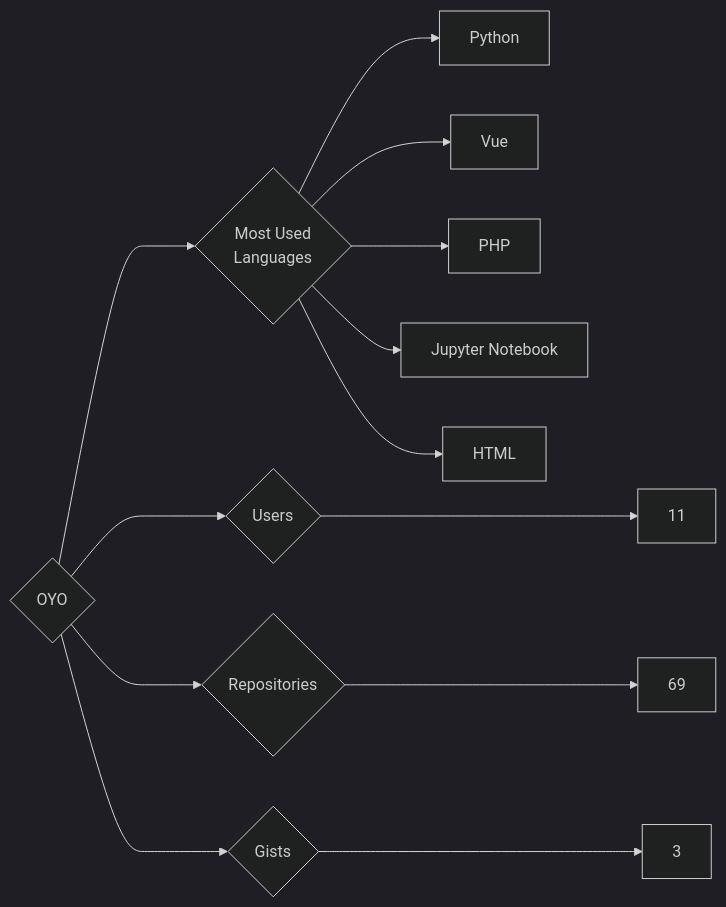
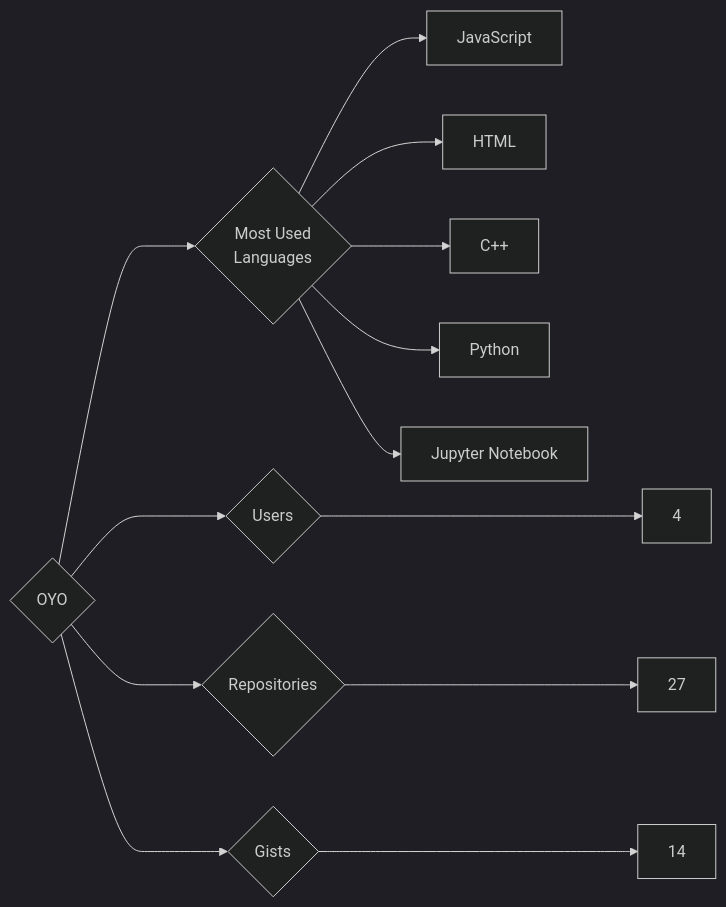
Before and after one commit to trickest/insiders: the diagram in targets/OYO/README.md, drawn with Mermaid (dark theme). The commit also changed 797 other files, not shown here.

````diff
--- a/targets/OYO/README.md
+++ b/targets/OYO/README.md
@@ -3,13 +3,13 @@
 ```mermaid
 graph LR
 COMPANY_NAME{OYO}
-COMPANY_NAME ---> U{Users} ---> UN[11]
-COMPANY_NAME ---> R{Repositories} ---> RN[69]
-COMPANY_NAME ---> G{Gists} ---> GN[3]
+COMPANY_NAME ---> U{Users} ---> UN[4]
+COMPANY_NAME ---> R{Repositories} ---> RN[27]
+COMPANY_NAME ---> G{Gists} ---> GN[14]
 COMPANY_NAME ---> ML{Most Used<br>Languages}
+ML --> JavaScript[JavaScript]
+ML --> HTML[HTML]
+ML --> C++[C++]
 ML --> Python[Python]
-ML --> Vue[Vue]
-ML --> PHP[PHP]
 ML --> Jupyter_Notebook[Jupyter Notebook]
-ML --> HTML[HTML]
 ```
````
